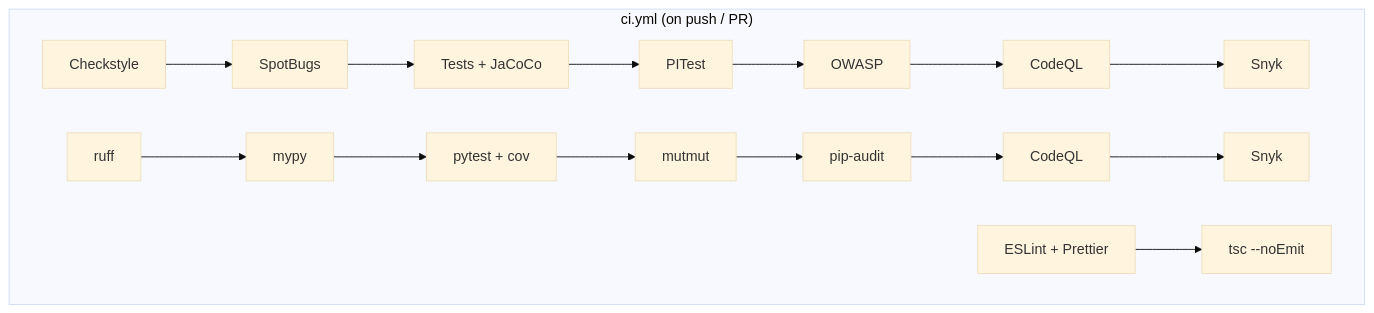
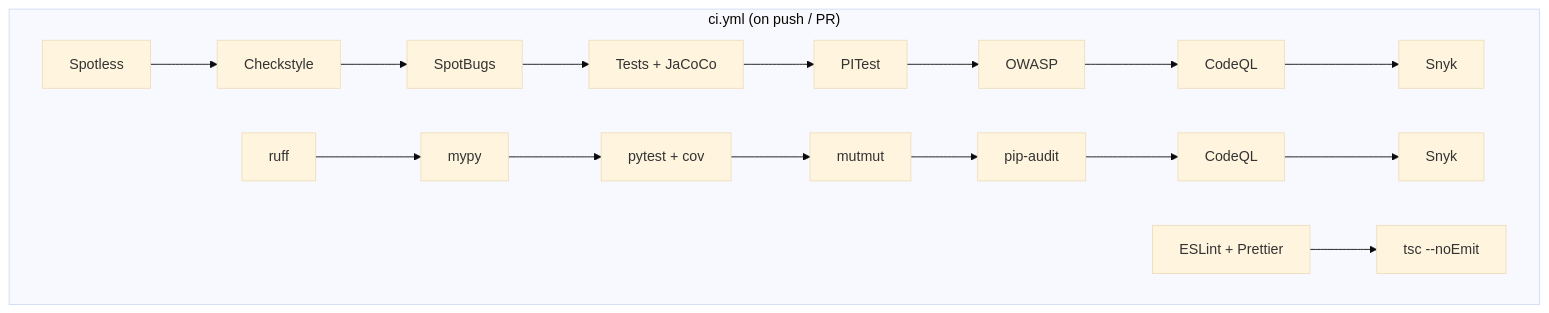
One commit to drag0sd0g/MariaAlpha changed diagram 17 of 18 in docs/technical-design-document.md. Above: the diagram before and after it, drawn with Mermaid (base theme). The commit also changed other lines of this file and 19 other files, not shown here.

````diff
--- a/docs/technical-design-document.md
+++ b/docs/technical-design-document.md
@@ -1107,9 +1108,9 @@
 ```mermaid
 graph LR
     subgraph "ci.yml (on push / PR)"
         direction LR
-        JL[Checkstyle] --> JSB[SpotBugs] --> JT[Tests + JaCoCo] --> JM[PITest] --> JO[OWASP] --> JCQ[CodeQL] --> JS[Snyk]
+        JF[Spotless] --> JL[Checkstyle] --> JSB[SpotBugs] --> JT[Tests + JaCoCo] --> JM[PITest] --> JO[OWASP] --> JCQ[CodeQL] --> JS[Snyk]
         PL[ruff] --> PM[mypy] --> PT[pytest + cov] --> PMT[mutmut] --> PA[pip-audit] --> PCQ[CodeQL] --> PS[Snyk]
         UL[ESLint + Prettier] --> UT[tsc --noEmit]
     end
 ```
````
